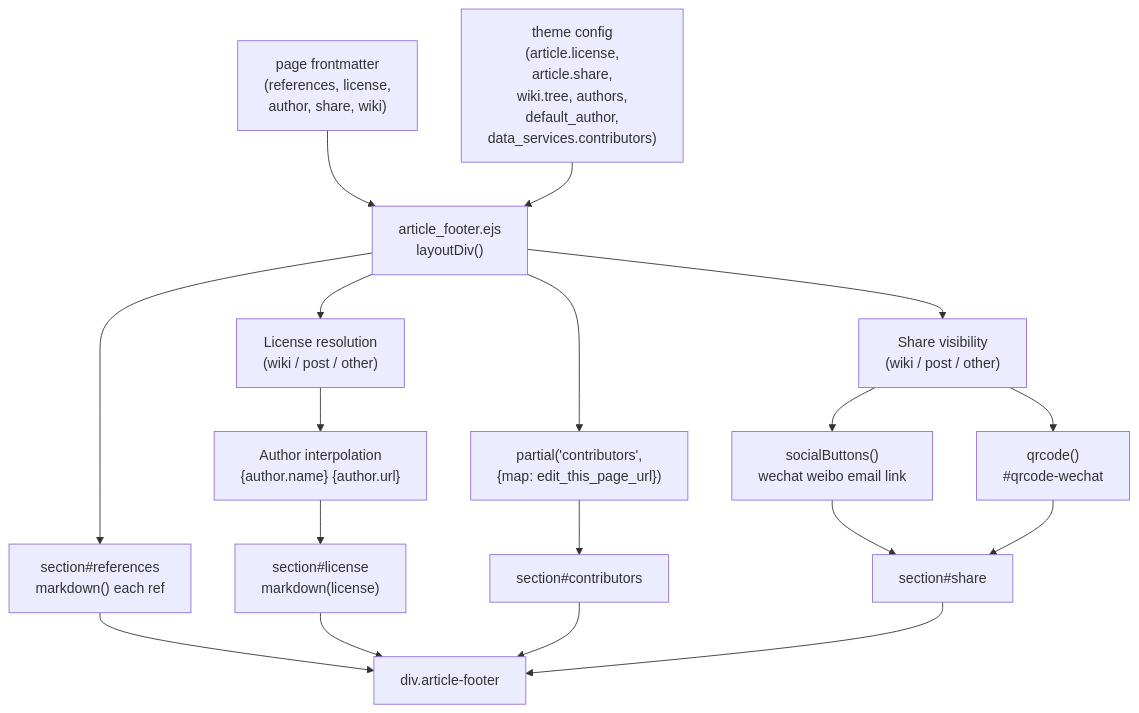
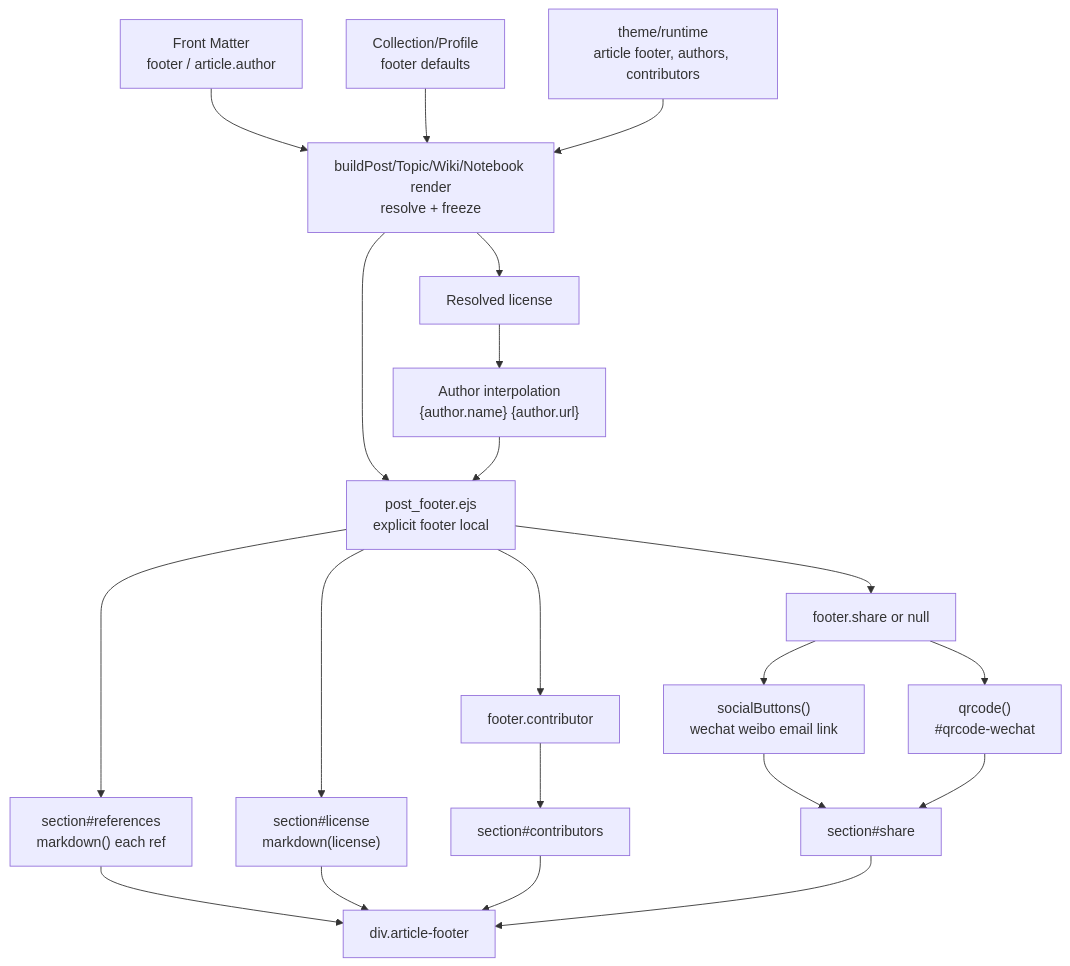
The fourth of 4 diagrams in docs/knowledge/03-内容系统/article-footer-metadata.md (xaoxuu/hexo-theme-stellar), drawn with Mermaid before and after one commit. The commit also changed other lines of this file and 861 other files, not shown here.

````diff
--- a/docs/knowledge/03-内容系统/article-footer-metadata.md
+++ b/docs/knowledge/03-内容系统/article-footer-metadata.md
@@ -292,28 +269,33 @@
 ```mermaid
 flowchart TD
-  pageData["page frontmatter\n(references, license,\nauthor, share, wiki)"]
-  themeConfig["theme config\n(article.license,\narticle.share,\nwiki.tree, authors,\ndefault_author,\ndata_services.contributors)"]
-  ejs["article_footer.ejs\nlayoutDiv()"]
+  pageData["Front Matter\nfooter / article.author"]
+  collection["Collection/Profile\nfooter defaults"]
+  themeConfig["theme/runtime\narticle footer, authors, contributors"]
+  model["buildPost/Topic/Wiki/Notebook render\nresolve + freeze"]
+  ejs["post_footer.ejs\nexplicit footer local"]
 
   secRef["section#references\nmarkdown() each ref"]
-  licResolve["License resolution\n(wiki / post / other)"]
+  licResolve["Resolved license"]
   authorInterp["Author interpolation\n{author.name} {author.url}"]
   secLic["section#license\nmarkdown(license)"]
-  contribPartial["partial('contributors',\n{map: edit_this_page_url})"]
+  contribPartial["footer.contributor"]
   secCon["section#contributors"]
-  shareVis["Share visibility\n(wiki / post / other)"]
+  shareVis["footer.share or null"]
   socialBtns["socialButtons()\nwechat weibo email link"]
   qrcode["qrcode()\n#qrcode-wechat"]
   secShr["section#share"]
   output["div.article-footer"]
 
-  pageData --> ejs
-  themeConfig --> ejs
+  pageData --> model
+  collection --> model
+  themeConfig --> model
+  model --> ejs
   ejs --> secRef
-  ejs --> licResolve
-  licResolve --> authorInterp --> secLic
+  model --> licResolve --> authorInterp
+  authorInterp --> ejs
+  ejs --> secLic
   ejs --> contribPartial --> secCon
   ejs --> shareVis --> socialBtns --> secShr
   shareVis --> qrcode --> secShr
   secRef & secLic & secCon & secShr --> output
 ```
````
